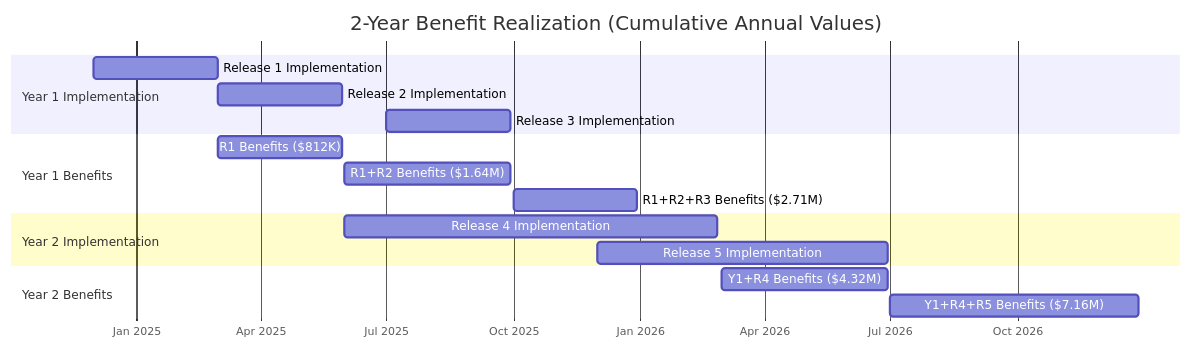
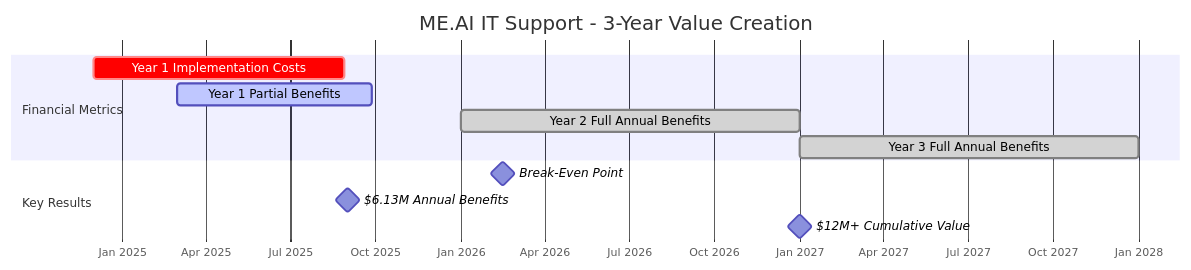
Diagram 52 of 56 in ME.AI_FDD_v14.md (ME-ai-agents/docs_prod), drawn with Mermaid before and after one commit. The commit also changed other lines of this file, not shown here.

````diff
--- a/ME.AI_FDD_v14.md
+++ b/ME.AI_FDD_v14.md
@@ -3505,24 +3761,17 @@
 ```mermaid
 gantt
-    title 2-Year Benefit Realization (Cumulative Annual Values)
+    title ME.AI IT Support - 3-Year Value Creation
     dateFormat YYYY-MM
     axisFormat %b %Y
     
-    section Year 1 Implementation
-    Release 1 Implementation    :a1, 2024-12, 90d
-    Release 2 Implementation    :a2, 2025-03, 90d
-    Release 3 Implementation    :a3, 2025-07, 90d
+    section Financial Metrics
+    Year 1 Implementation Costs    :crit, 2024-12, 270d
+    Year 1 Partial Benefits        :active, 2025-03, 210d
+    Year 2 Full Annual Benefits    :done, 2026-01, 365d
+    Year 3 Full Annual Benefits    :done, 2027-01, 365d
     
-    section Year 1 Benefits
-    R1 Benefits ($812K)      :2025-03, 90d
-    R1+R2 Benefits ($1.64M)  :2025-06, 120d
-    R1+R2+R3 Benefits ($2.71M) :2025-10, 90d
-    
-    section Year 2 Implementation
-    Release 4 Implementation    :a4, 2025-06, 270d
-    Release 5 Implementation    :a5, 2025-12, 210d
-    
-    section Year 2 Benefits
-    Y1+R4 Benefits ($4.32M)      :2026-03, 120d
-    Y1+R4+R5 Benefits ($7.16M)   :2026-07, 180d
+    section Key Results
+    Break-Even Point               :milestone, bp, 2026-02-15, 0d
+    $6.13M Annual Benefits         :milestone, ab, 2025-09-01, 0d
+    $12M+ Cumulative Value         :milestone, cv, 2027-01-01, 0d
 ```
````
